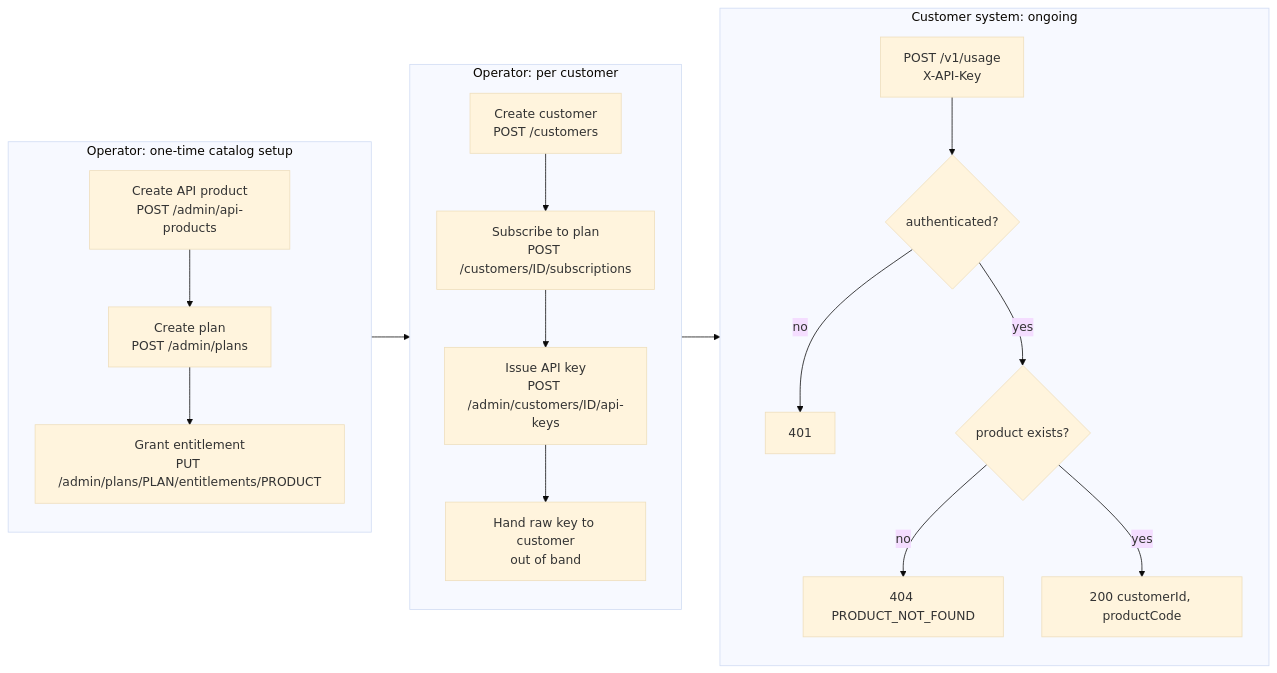
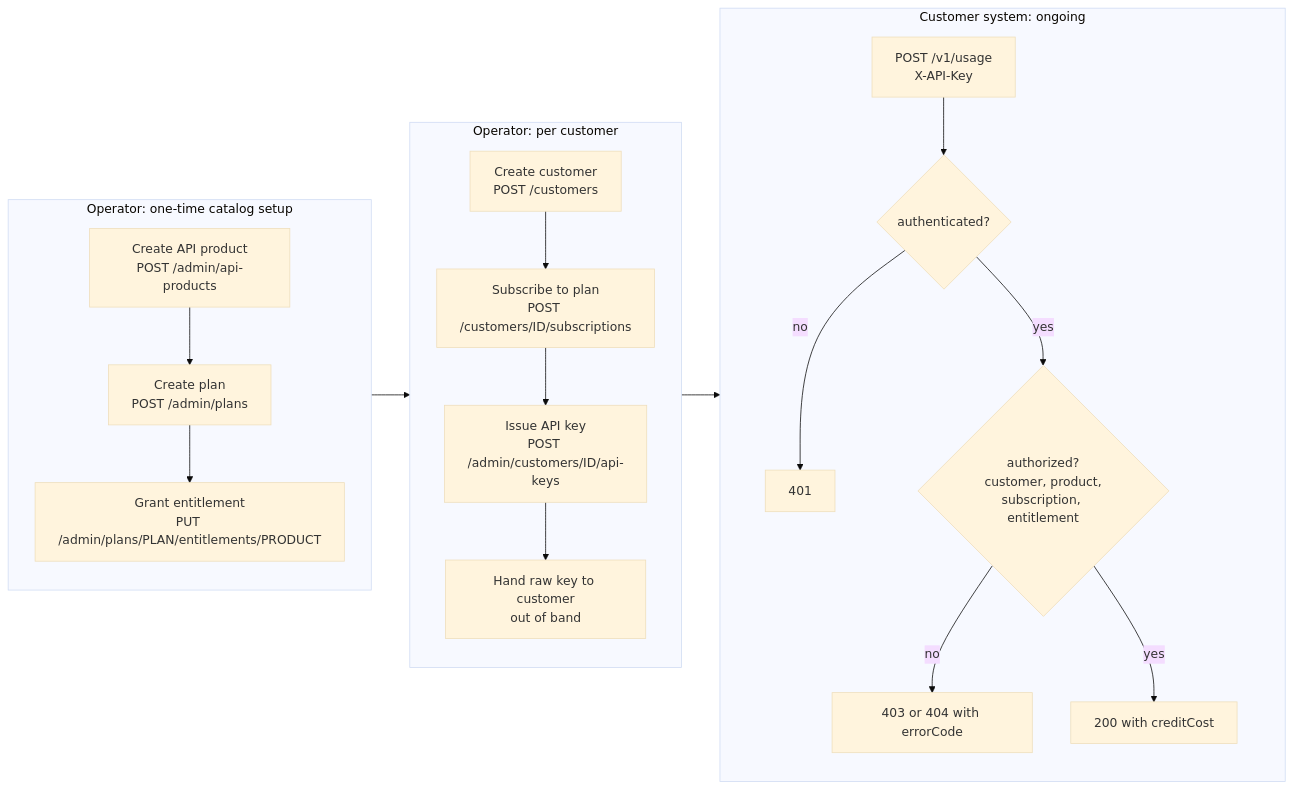
The first of 4 diagrams in docs/workflows/workflow-overview.md (Amr-al/MeterFlow), drawn with Mermaid (base theme) before and after one commit. The commit also changed other lines of this file and 11 other files, not shown here.

First line of the commit message:
docs: document completed M3 metering authorization flow

````diff
--- a/docs/workflows/workflow-overview.md
+++ b/docs/workflows/workflow-overview.md
@@ -29,20 +29,20 @@
 ```mermaid
 flowchart LR
     subgraph setup["Operator: one-time catalog setup"]
         P1["Create API product<br/>POST /admin/api-products"] --> P2["Create plan<br/>POST /admin/plans"]
         P2 --> P3["Grant entitlement<br/>PUT /admin/plans/PLAN/entitlements/PRODUCT"]
     end
     subgraph onboard["Operator: per customer"]
         C1["Create customer<br/>POST /customers"] --> C2["Subscribe to plan<br/>POST /customers/ID/subscriptions"]
         C2 --> C3["Issue API key<br/>POST /admin/customers/ID/api-keys"]
         C3 --> C4["Hand raw key to customer<br/>out of band"]
     end
     subgraph use["Customer system: ongoing"]
         U1["POST /v1/usage<br/>X-API-Key"] --> U2{"authenticated?"}
         U2 -- no --> U3["401"]
-        U2 -- yes --> U4{"product exists?"}
-        U4 -- no --> U5["404 PRODUCT_NOT_FOUND"]
-        U4 -- yes --> U6["200 customerId, productCode"]
+        U2 -- yes --> U4{"authorized?<br/>customer, product,<br/>subscription, entitlement"}
+        U4 -- no --> U5["403 or 404 with errorCode"]
+        U4 -- yes --> U6["200 with creditCost"]
     end
     setup --> onboard --> use
 ```
````
